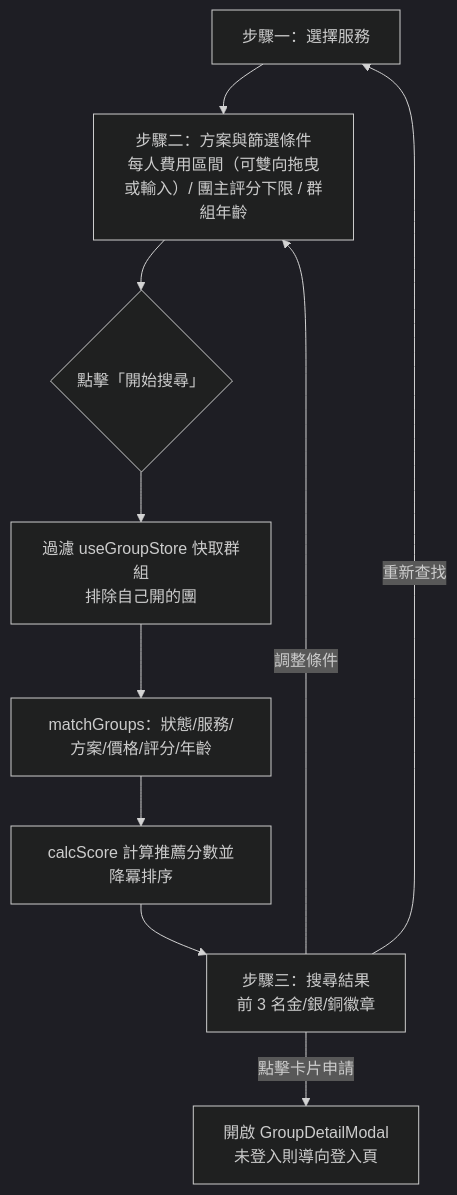
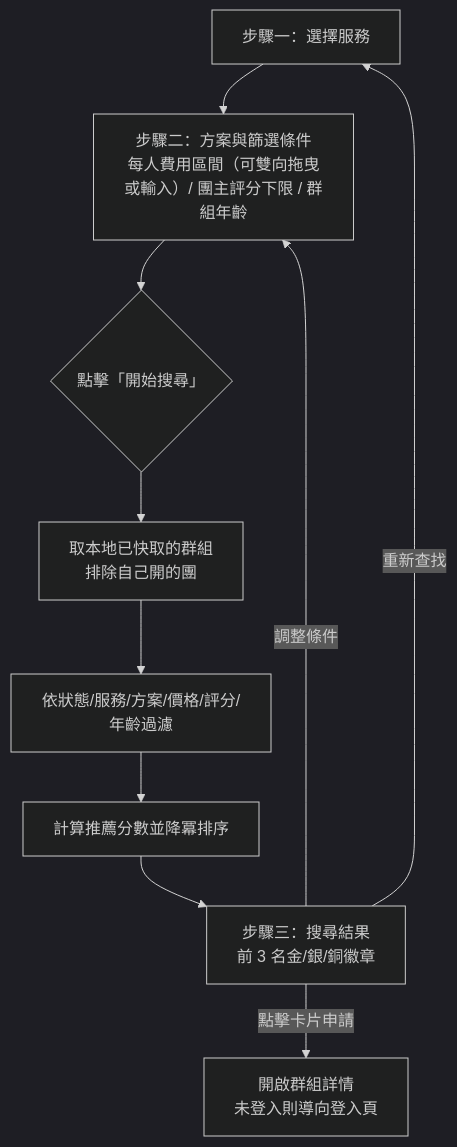
The diagram in docs/flows/quick-match-flow.md (s1092055/PartyMatch), drawn with Mermaid (dark theme) before and after one commit. The commit also changed other lines of this file and 12 other files, not shown here.

First line of the commit message:
docs: 精簡 flows 文件敘述，拿掉變數/prop/class 名與英文直翻術語

````diff
--- a/docs/flows/quick-match-flow.md
+++ b/docs/flows/quick-match-flow.md
@@ -8,12 +8,12 @@
 ```mermaid
 flowchart TD
     A[步驟一：選擇服務] --> B[步驟二：方案與篩選條件\n每人費用區間（可雙向拖曳或輸入）/ 團主評分下限 / 群組年齡]
     B --> C{點擊「開始搜尋」}
-    C --> D[過濾 useGroupStore 快取群組\n排除自己開的團]
-    D --> E[matchGroups：狀態/服務/方案/價格/評分/年齡]
-    E --> F[calcScore 計算推薦分數並降冪排序]
+    C --> D[取本地已快取的群組\n排除自己開的團]
+    D --> E[依狀態/服務/方案/價格/評分/年齡過濾]
+    E --> F[計算推薦分數並降冪排序]
     F --> G[步驟三：搜尋結果\n前 3 名金/銀/銅徽章]
     G -->|調整條件| B
     G -->|重新查找| A
-    G -->|點擊卡片申請| H[開啟 GroupDetailModal\n未登入則導向登入頁]
+    G -->|點擊卡片申請| H[開啟群組詳情\n未登入則導向登入頁]
 ```
````
